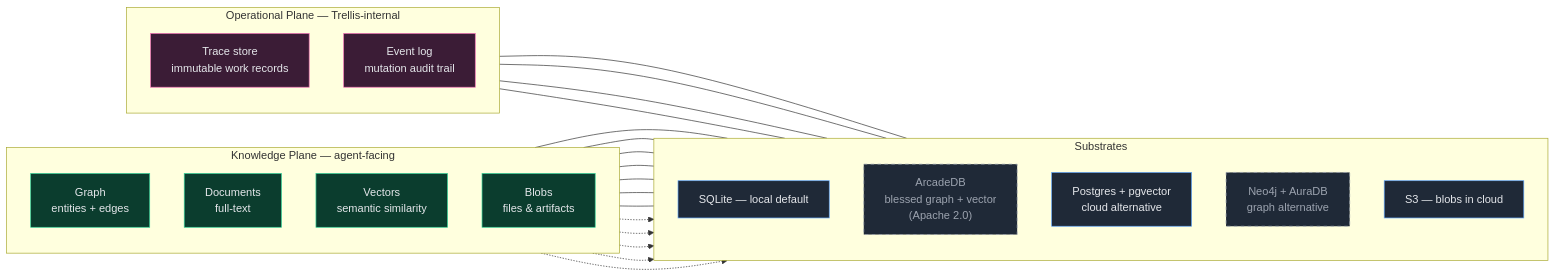
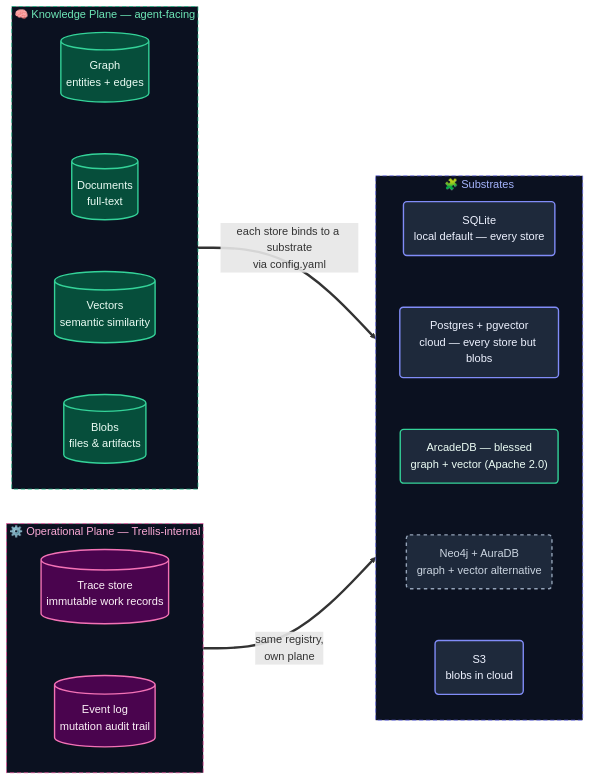
One commit to ronsse/trellis-ai changed the sixth of 6 diagrams in README.md. Above: the diagram before and after it, drawn with Mermaid. The commit also changed other lines of this file, not shown here.

First line of the commit message:
docs(readme): redesign all six diagrams for readability

````diff
--- a/README.md
+++ b/README.md
@@ -374,51 +385,34 @@
 ```mermaid
 flowchart LR
-    subgraph Knowledge["Knowledge Plane — agent-facing"]
+    subgraph Knowledge["🧠 Knowledge Plane — agent-facing"]
         direction TB
-        G["Graph<br/>entities + edges"]
-        D["Documents<br/>full-text"]
-        V["Vectors<br/>semantic similarity"]
-        B["Blobs<br/>files & artifacts"]
+        G[("Graph<br/>entities + edges")] ~~~ D[("Documents<br/>full-text")] ~~~ V[("Vectors<br/>semantic similarity")] ~~~ B[("Blobs<br/>files & artifacts")]
     end
 
-    subgraph Operational["Operational Plane — Trellis-internal"]
+    subgraph Operational["⚙️ Operational Plane — Trellis-internal"]
         direction TB
-        TR["Trace store<br/>immutable work records"]
-        EL["Event log<br/>mutation audit trail"]
+        TR[("Trace store<br/>immutable work records")] ~~~ EL[("Event log<br/>mutation audit trail")]
     end
 
-    subgraph Substrates["Substrates"]
+    subgraph Substrates["🧩 Substrates"]
         direction TB
-        SQ["SQLite — local default"]
-        AR["ArcadeDB<br/>blessed graph + vector<br/>(Apache 2.0)"]
-        PG["Postgres + pgvector<br/>cloud alternative"]
-        N4["Neo4j + AuraDB<br/>graph alternative"]
-        S3["S3 — blobs in cloud"]
+        SQ("SQLite<br/>local default — every store") ~~~ PG("Postgres + pgvector<br/>cloud — every store but blobs") ~~~ AR("ArcadeDB — blessed<br/>graph + vector (Apache 2.0)") ~~~ N4("Neo4j + AuraDB<br/>graph + vector alternative") ~~~ S3("S3<br/>blobs in cloud")
     end
 
-    G --- SQ
-    D --- SQ
-    V --- SQ
-    TR --- SQ
-    EL --- SQ
-    B --- SQ
-    G --- PG
-    D --- PG
-    V --- PG
-    TR --- PG
-    EL --- PG
-    G -.-> N4
-    V -.-> N4
-    B -.-> S3
-    G -.-> AR
-    V -.-> AR
+    Knowledge == "each store binds to a substrate<br/>via config.yaml" ==> Substrates
+    Operational == "same registry,<br/>own plane" ==> Substrates
 
-    classDef knowledge fill:#0b3d2e,stroke:#34d399,color:#e5e7eb;
-    classDef ops fill:#3b1c36,stroke:#f472b6,color:#e5e7eb;
-    classDef sub fill:#1f2937,stroke:#60a5fa,color:#e5e7eb;
-    classDef alt fill:#1f2937,stroke:#9ca3af,color:#9ca3af,stroke-dasharray: 5 5;
+    classDef knowledge fill:#064e3b,stroke:#34d399,stroke-width:2px,color:#ecfdf5;
+    classDef ops fill:#4a044e,stroke:#f472b6,stroke-width:2px,color:#fdf2f8;
+    classDef sub fill:#1e293b,stroke:#818cf8,stroke-width:2px,color:#eef2ff;
+    classDef blessed fill:#1e293b,stroke:#34d399,stroke-width:2px,color:#ecfdf5;
+    classDef alt fill:#1e293b,stroke:#94a3b8,stroke-width:2px,color:#cbd5e1,stroke-dasharray:5 5;
     class G,D,V,B knowledge;
     class TR,EL ops;
     class SQ,PG,S3 sub;
-    class N4,AR alt;
+    class AR blessed;
+    class N4 alt;
+    style Knowledge fill:#0b1120,stroke:#10b981,stroke-width:1px,stroke-dasharray:6 4,color:#6ee7b7;
+    style Operational fill:#0b1120,stroke:#ec4899,stroke-width:1px,stroke-dasharray:6 4,color:#f9a8d4;
+    style Substrates fill:#0b1120,stroke:#6366f1,stroke-width:1px,stroke-dasharray:6 4,color:#a5b4fc;
 ```
````
